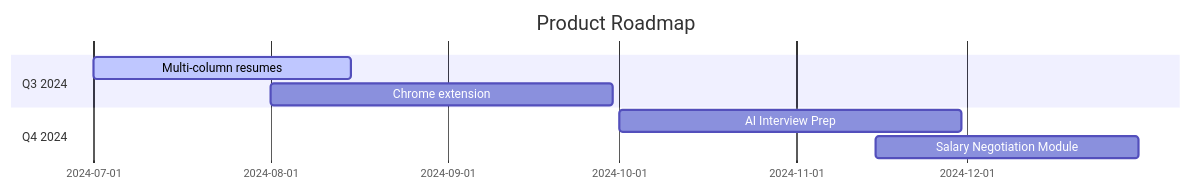
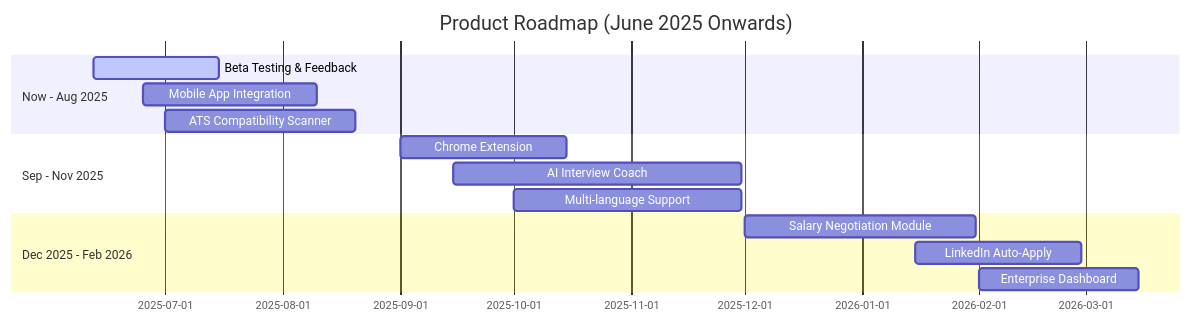
One commit to W3JDev/artisanai-ats-1pager-resume-coverletter-builder changed the third of 3 diagrams in README.md. Above: the diagram before and after it, drawn with Mermaid.

````diff
--- a/README.md
+++ b/README.md
@@ -178,11 +178,20 @@
 ```mermaid
 gantt
-    title Product Roadmap
+    title Product Roadmap (June 2025 Onwards)
     dateFormat  YYYY-MM-DD
-    section Q3 2024
-    Multi-column resumes      :active,  des1, 2024-07-01, 2024-08-15
-    Chrome extension          :         des2, 2024-08-01, 2024-09-30
-    section Q4 2024
-    AI Interview Prep         :         des3, 2024-10-01, 2024-11-30
-    Salary Negotiation Module :         des4, 2024-11-15, 2024-12-31
+    section Now - Aug 2025
+    Beta Testing & Feedback      :active,  phase1, 2025-06-12, 2025-07-15
+    Mobile App Integration       :         phase2, 2025-06-25, 2025-08-10
+    ATS Compatibility Scanner    :         phase3, 2025-07-01, 2025-08-20
+    
+    section Sep - Nov 2025
+    Chrome Extension             :         phase4, 2025-09-01, 2025-10-15
+    AI Interview Coach           :         phase5, 2025-09-15, 2025-11-30
+    Multi-language Support       :         phase6, 2025-10-01, 2025-11-30
+    
+    section Dec 2025 - Feb 2026
+    Salary Negotiation Module    :         phase7, 2025-12-01, 2026-01-31
+    LinkedIn Auto-Apply          :         phase8, 2026-01-15, 2026-02-28
+    Enterprise Dashboard         :         phase9, 2026-02-01, 2026-03-15
+
 ```
````
